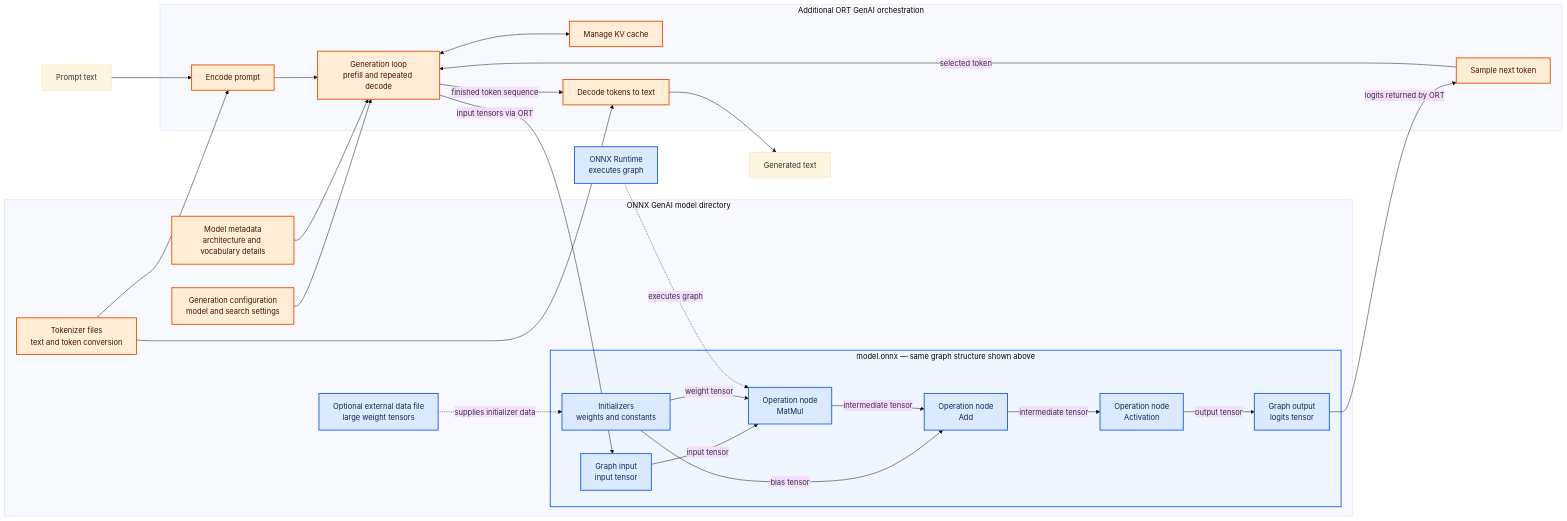
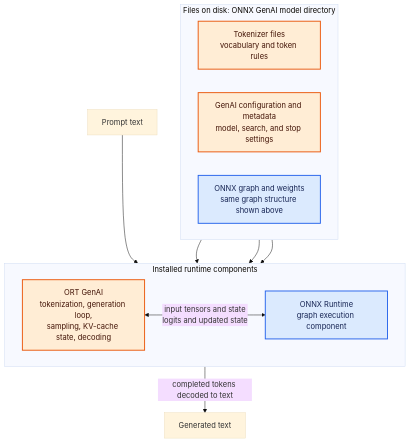
The third of 5 diagrams in lessons/03_model_formats.md (elena-du/local-ai-inference-lab), drawn with Mermaid (base theme) before and after one commit. The commit also changed other lines of this file and 2 other files, not shown here.

````diff
--- a/lessons/03_model_formats.md
+++ b/lessons/03_model_formats.md
@@ -163,60 +230,31 @@
 ```mermaid
-flowchart LR
+flowchart TB
     PROMPT["Prompt text"]
 
-    subgraph DIRECTORY["ONNX GenAI model directory"]
-        TOKENIZER["Tokenizer files<br/>text and token conversion"]
-        CONFIG["Generation configuration<br/>model and search settings"]
-        METADATA["Model metadata<br/>architecture and vocabulary details"]
-
-        subgraph ONNX2["model.onnx — same graph structure shown above"]
-            INPUT2["Graph input<br/>input tensor"]
-            WEIGHTS2["Initializers<br/>weights and constants"]
-            MATMUL2["Operation node<br/>MatMul"]
-            ADD2["Operation node<br/>Add"]
-            ACT2["Operation node<br/>Activation"]
-            OUTPUT2["Graph output<br/>logits tensor"]
-
-            INPUT2 -->|"input tensor"| MATMUL2
-            WEIGHTS2 -->|"weight tensor"| MATMUL2
-            WEIGHTS2 -->|"bias tensor"| ADD2
-            MATMUL2 -->|"intermediate tensor"| ADD2
-            ADD2 -->|"intermediate tensor"| ACT2
-            ACT2 -->|"output tensor"| OUTPUT2
-        end
-
-        EXTERNAL2["Optional external data file<br/>large weight tensors"]
-        EXTERNAL2 -.->|"supplies initializer data"| WEIGHTS2
+    subgraph DIRECTORY["Files on disk: ONNX GenAI model directory"]
+        direction LR
+        TOKENIZERFILES["Tokenizer files<br/>vocabulary and token rules"]
+        GENCONFIG["GenAI configuration and metadata<br/>model, search, and stop settings"]
+        ONNXMODEL["ONNX graph and weights<br/>same graph structure shown above"]
     end
 
-    subgraph GENAI["Additional ORT GenAI orchestration"]
-        ENCODE["Encode prompt"]
-        LOOP["Generation loop<br/>prefill and repeated decode"]
-        SAMPLE["Sample next token"]
-        CACHE["Manage KV cache"]
-        DECODE["Decode tokens to text"]
+    subgraph SOFTWARE["Installed runtime components"]
+        direction LR
+        ORTGENAI["ORT GenAI<br/>tokenization, generation loop,<br/>sampling, KV-cache state, decoding"]
+        ORT["ONNX Runtime<br/>graph execution component"]
+        ORTGENAI <-->|"input tensors and state<br/>logits and updated state"| ORT
     end
 
-    ORT["ONNX Runtime<br/>executes graph"]
     RESULT["Generated text"]
 
-    PROMPT --> ENCODE
-    TOKENIZER --> ENCODE
-    CONFIG --> LOOP
-    METADATA --> LOOP
-    ENCODE --> LOOP
-    LOOP -->|"input tensors via ORT"| INPUT2
-    ORT -.->|"executes graph"| MATMUL2
-    OUTPUT2 -->|"logits returned by ORT"| SAMPLE
-    SAMPLE -->|"selected token"| LOOP
-    LOOP <--> CACHE
-    LOOP -->|"finished token sequence"| DECODE
-    TOKENIZER --> DECODE
-    DECODE --> RESULT
+    PROMPT --> ORTGENAI
+    TOKENIZERFILES --> ORTGENAI
+    GENCONFIG --> ORTGENAI
+    ONNXMODEL --> ORT
+    ORTGENAI -->|"completed tokens decoded to text"| RESULT
 
     classDef onnx fill:#dbeafe,stroke:#2563eb,color:#172554,stroke-width:2px
     classDef genai fill:#ffedd5,stroke:#ea580c,color:#431407,stroke-width:2px
-    class INPUT2,WEIGHTS2,MATMUL2,ADD2,ACT2,OUTPUT2,EXTERNAL2,ORT onnx
-    class TOKENIZER,CONFIG,METADATA,ENCODE,LOOP,SAMPLE,CACHE,DECODE genai
-    style ONNX2 fill:#eff6ff,stroke:#2563eb,stroke-width:2px
+    class ONNXMODEL,ORT onnx
+    class TOKENIZERFILES,GENCONFIG,ORTGENAI genai
 ```
````
